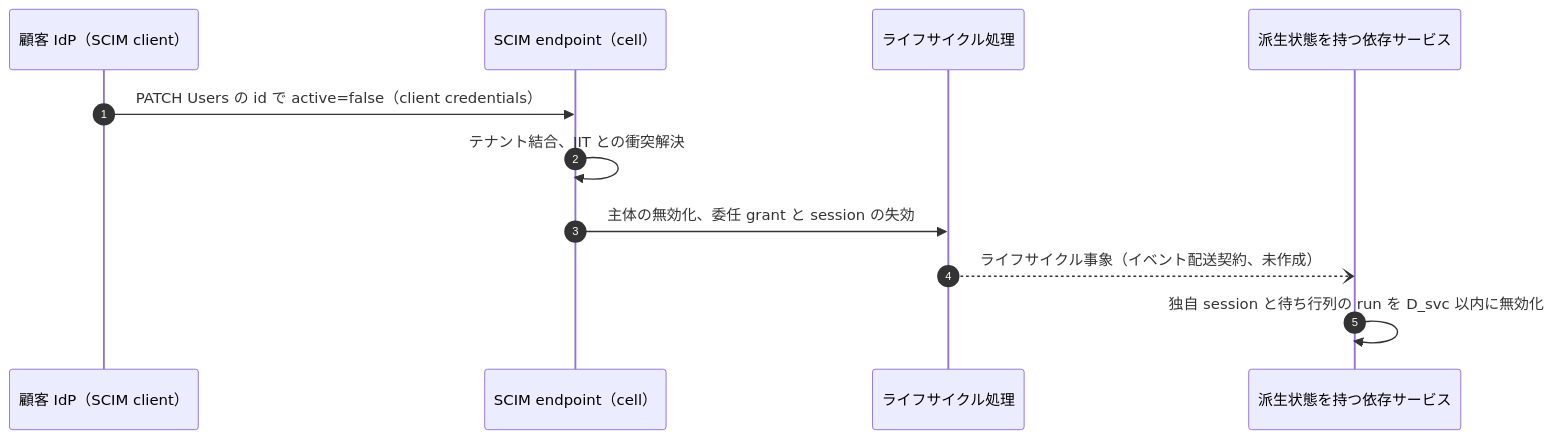
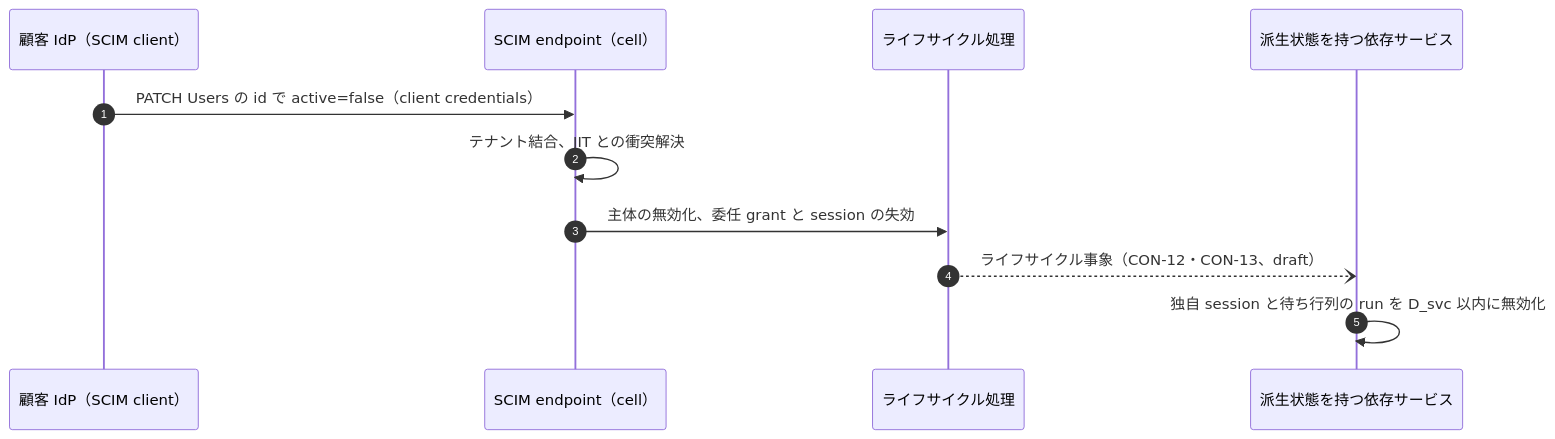
Diagram 13 of 27 in 10_integration/integration-patterns.md (Takenori-Kusaka/auth-stack), drawn with Mermaid before and after one commit. The commit also changed other lines of this file and 68 other files, not shown here.

````diff
--- a/10_integration/integration-patterns.md
+++ b/10_integration/integration-patterns.md
@@ -785,13 +785,13 @@
 ```mermaid
 sequenceDiagram
   autonumber
   participant I as 顧客 IdP（SCIM client）
   participant A as SCIM endpoint（cell）
   participant L as ライフサイクル処理
   participant S as 派生状態を持つ依存サービス
   I->>A: PATCH Users の id で active=false（client credentials）
   A->>A: テナント結合、JIT との衝突解決
   A->>L: 主体の無効化、委任 grant と session の失効
-  L--)S: ライフサイクル事象（イベント配送契約、未作成）
+  L--)S: ライフサイクル事象（CON-12・CON-13、draft）
   S->>S: 独自 session と待ち行列の run を D_svc 以内に無効化
 ```
````
